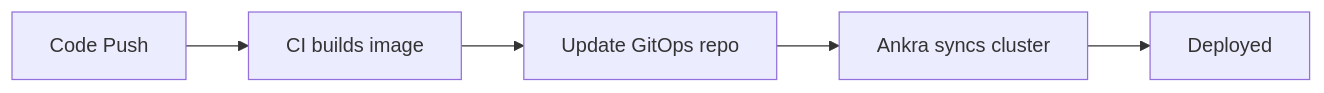
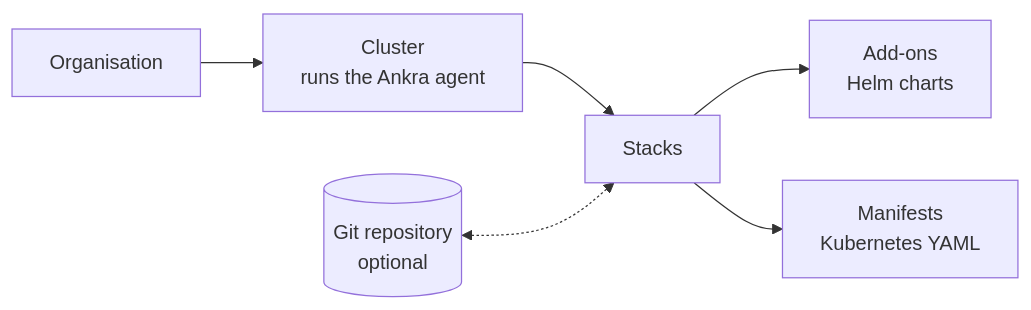
Before and after one commit to ankraio/ankra-docs: the diagram in index.mdx, drawn with Mermaid. The commit also changed other lines of this file and 2 other files, not shown here.

First line of the commit message:
docs: rewrite the first-hour path - landing page, quickstart, and Add a Cluster

````diff
--- a/index.mdx
+++ b/index.mdx
@@ -168,7 +41,8 @@
 ```mermaid
 flowchart LR
-    A[Code Push] --> B[CI builds image]
-    B --> C[Update GitOps repo]
-    C --> D[Ankra syncs cluster]
-    D --> E[Deployed]
+    O[Organisation] --> C[Cluster<br/>runs the Ankra agent]
+    C --> S[Stacks]
+    S --> A[Add-ons<br/>Helm charts]
+    S --> M[Manifests<br/>Kubernetes YAML]
+    G[(Git repository<br/>optional)] <-.-> S
 ```
````
